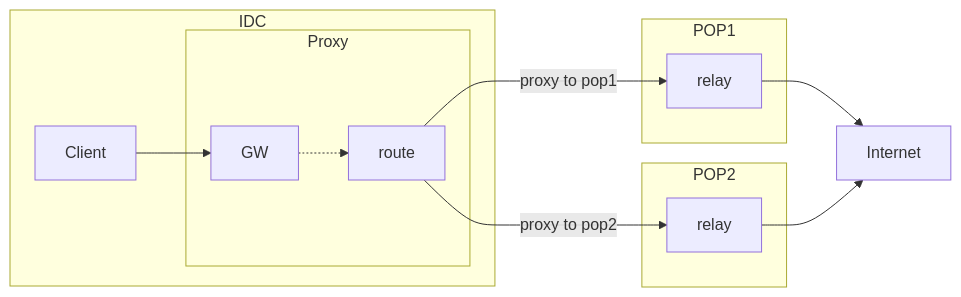
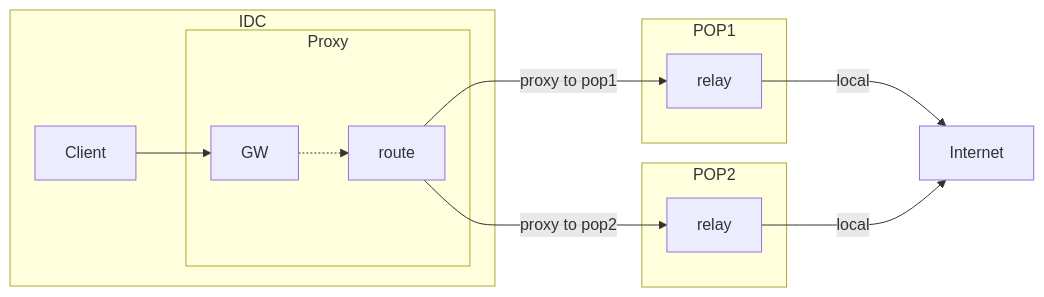
Before and after one commit to bytedance/g3: the second of 2 diagrams in g3proxy/UserGuide.zh_CN.md, drawn with Mermaid. The commit also changed other lines of this file, not shown here.

Commit message:
g3proxy: update doc

````diff
--- a/g3proxy/UserGuide.zh_CN.md
+++ b/g3proxy/UserGuide.zh_CN.md
@@ -680,24 +680,24 @@
 ```mermaid
 flowchart LR
 %% Paste to https://mermaid.live/ to see the graph
   subgraph IDC
     i1_client[Client]
     subgraph Proxy
       i1_proxy[GW]
       i1_route[route]
       i1_proxy -.-> i1_route
     end
     i1_client --> i1_proxy
   end
   subgraph POP1
     p1_proxy[relay]
   end
   subgraph POP2
     p2_proxy[relay]
   end
   internet[Internet]
   i1_route --proxy to pop1--> p1_proxy
   i1_route --proxy to pop2--> p2_proxy
-  p1_proxy --> internet
-  p2_proxy --> internet
+  p1_proxy --local---> internet
+  p2_proxy --local---> internet
 ```
````
